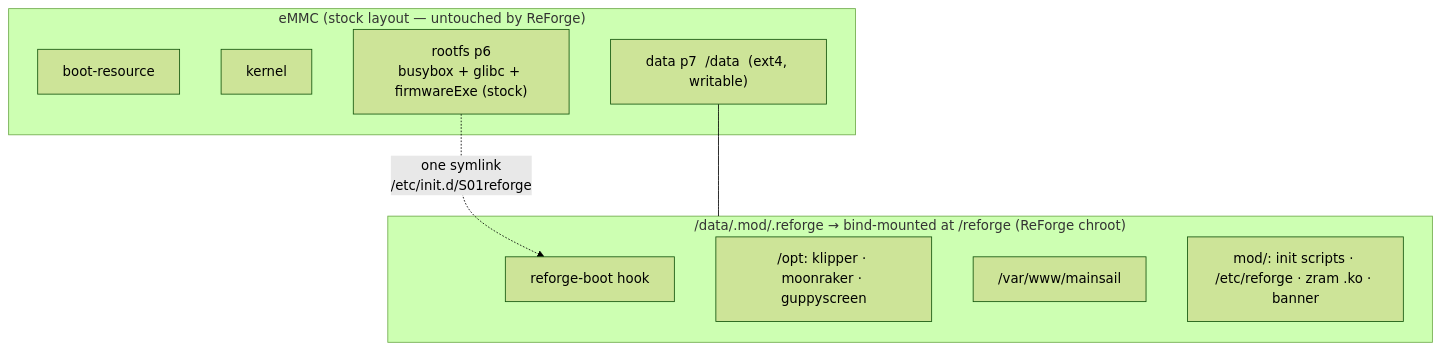
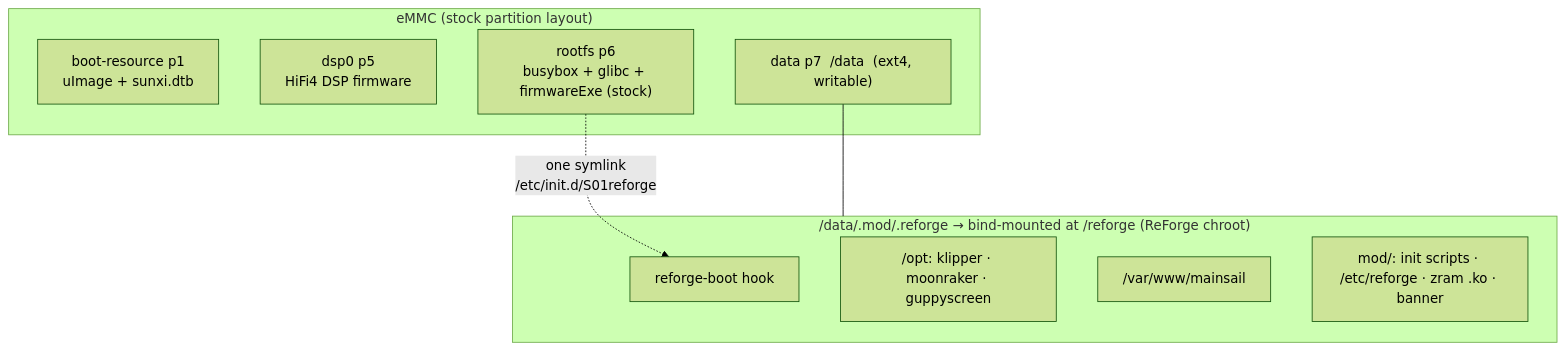
One commit to maci0/reforge changed the first of 3 diagrams in docs/architecture.md. Above: the diagram before and after it, drawn with Mermaid (forest theme). The commit also changed other lines of this file and 105 other files, not shown here.

````diff
--- a/docs/architecture.md
+++ b/docs/architecture.md
@@ -12,17 +12,17 @@
 ```mermaid
 flowchart TB
-    subgraph eMMC["eMMC (stock layout — untouched by ReForge)"]
-        P1[boot-resource]
-        P5[kernel]
+    subgraph eMMC["eMMC (stock partition layout)"]
+        P1["boot-resource p1<br/>uImage + sunxi.dtb"]
+        P5["dsp0 p5<br/>HiFi4 DSP firmware"]
         P6["rootfs p6<br/>busybox + glibc + firmwareExe (stock)"]
         P7["data p7  /data  (ext4, writable)"]
     end
     P6 -. "one symlink<br/>/etc/init.d/S01reforge" .-> RB
     subgraph P7box["/data/.mod/.reforge → bind-mounted at /reforge (ReForge chroot)"]
         RB[reforge-boot hook]
         OPT["/opt: klipper · moonraker · guppyscreen"]
         WWW["/var/www/mainsail"]
         MOD["mod/: init scripts · /etc/reforge · zram .ko · banner"]
     end
     P7 --- P7box
 ```
````
